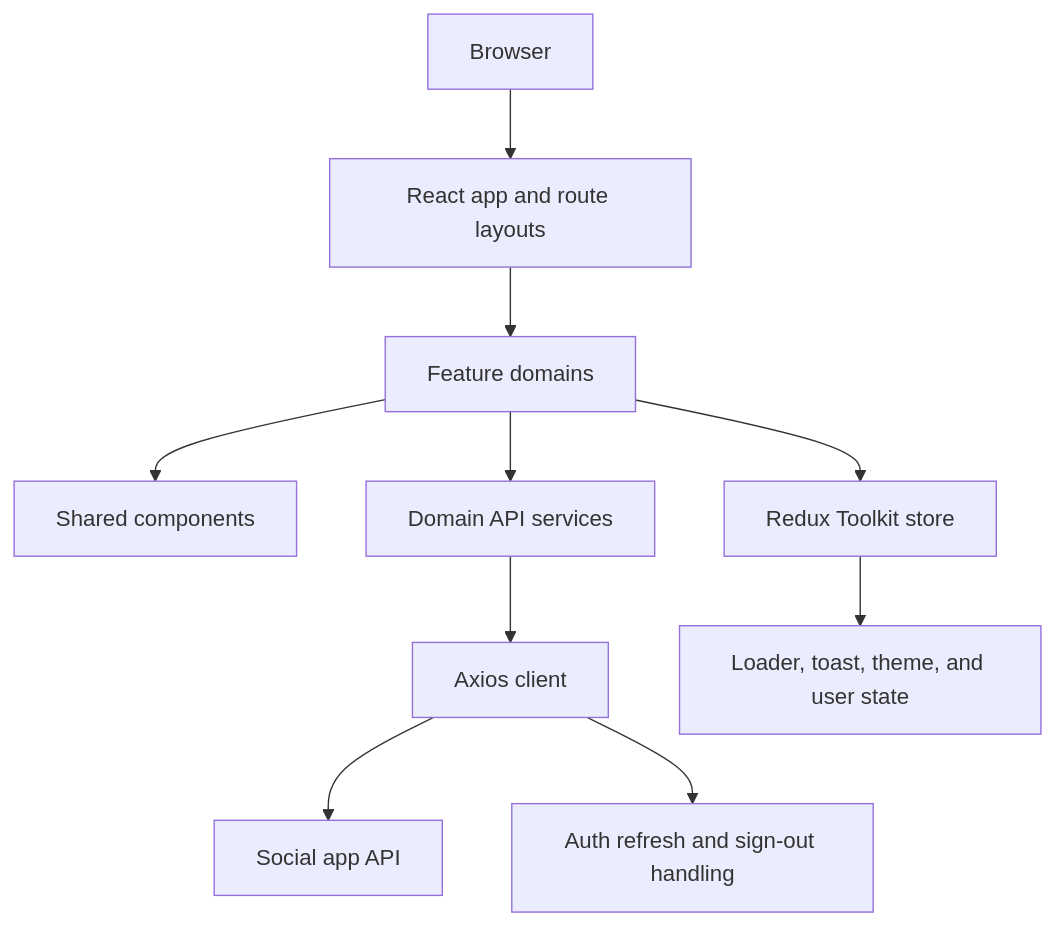
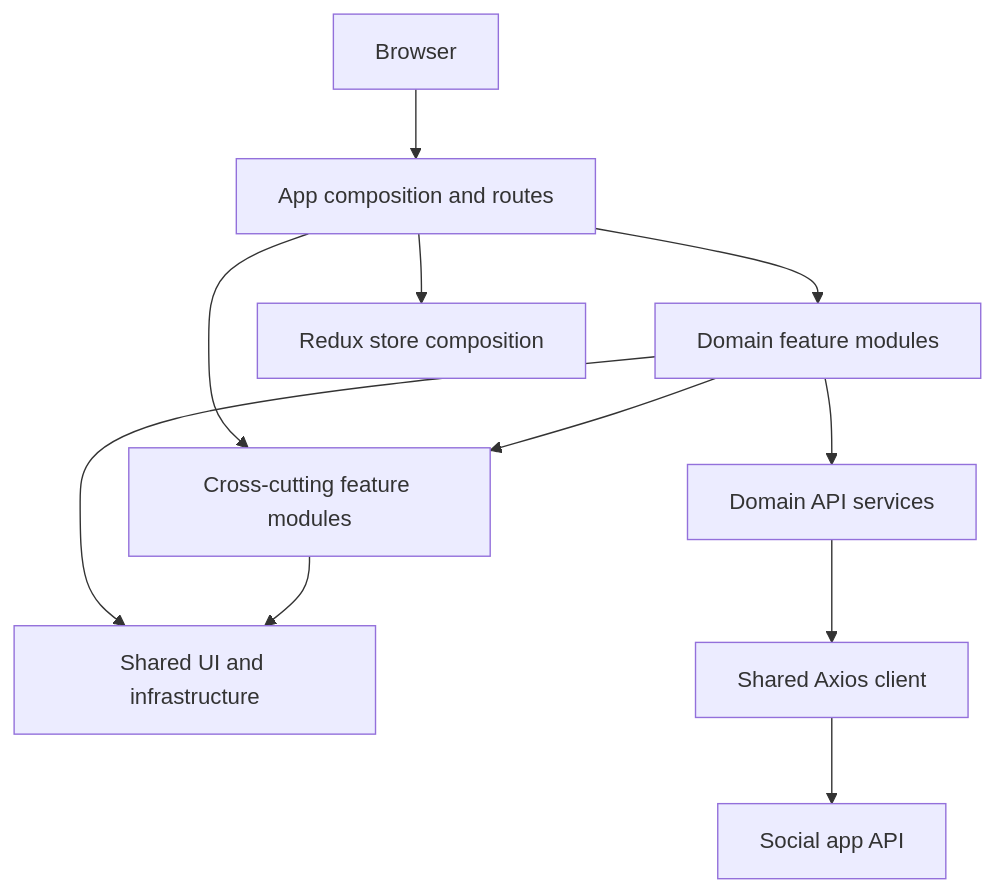
One commit to muhsintt777/insta changed the diagram in README.md. Above: the diagram before and after it, drawn with Mermaid. The commit also changed other lines of this file, not shown here.

Commit message:
docs: update README to clarify application architecture and state management

````diff
--- a/README.md
+++ b/README.md
@@ -29,12 +29,13 @@
 ```mermaid
 flowchart TD
-	Browser[Browser] --> App[React app and route layouts]
-	App --> Features[Feature domains]
-	Features --> Components[Shared components]
-	Features --> Store[Redux Toolkit store]
-	Features --> Services[Domain API services]
-	Services --> Http[Axios client]
+	Browser[Browser] --> App[App composition and routes]
+	App --> Domains[Domain feature modules]
+	App --> CrossCutting[Cross-cutting feature modules]
+	App --> Store[Redux store composition]
+	Domains --> CrossCutting
+	Domains --> Shared[Shared UI and infrastructure]
+	CrossCutting --> Shared
+	Domains --> Services[Domain API services]
+	Services --> Http[Shared Axios client]
 	Http --> API[Social app API]
-	Http --> Auth[Auth refresh and sign-out handling]
-	Store --> Feedback[Loader, toast, theme, and user state]
 ```
````
